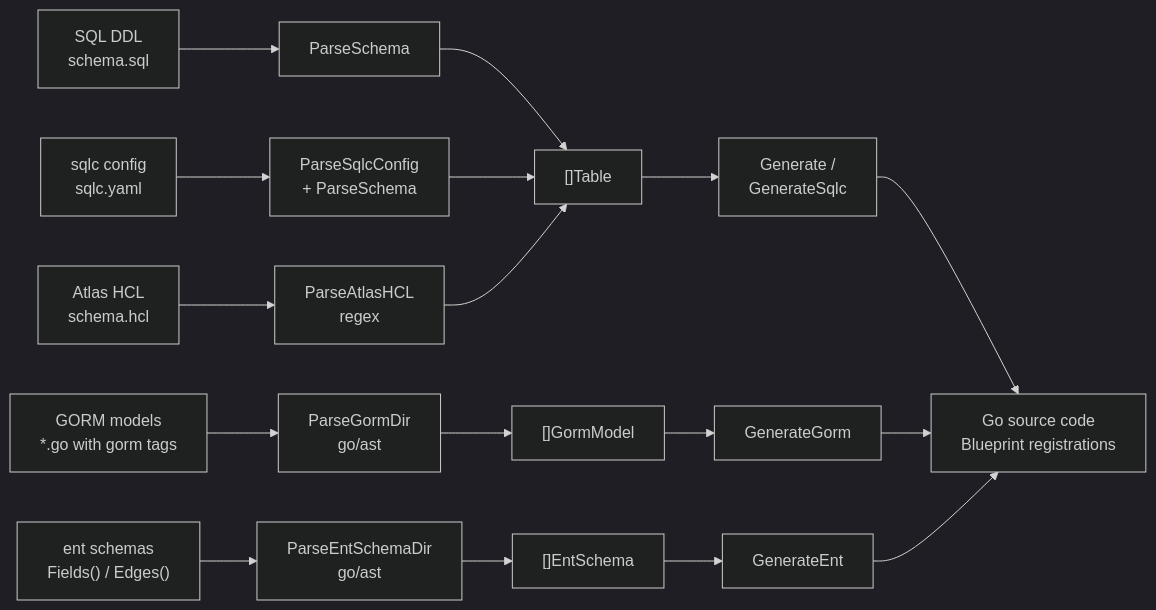
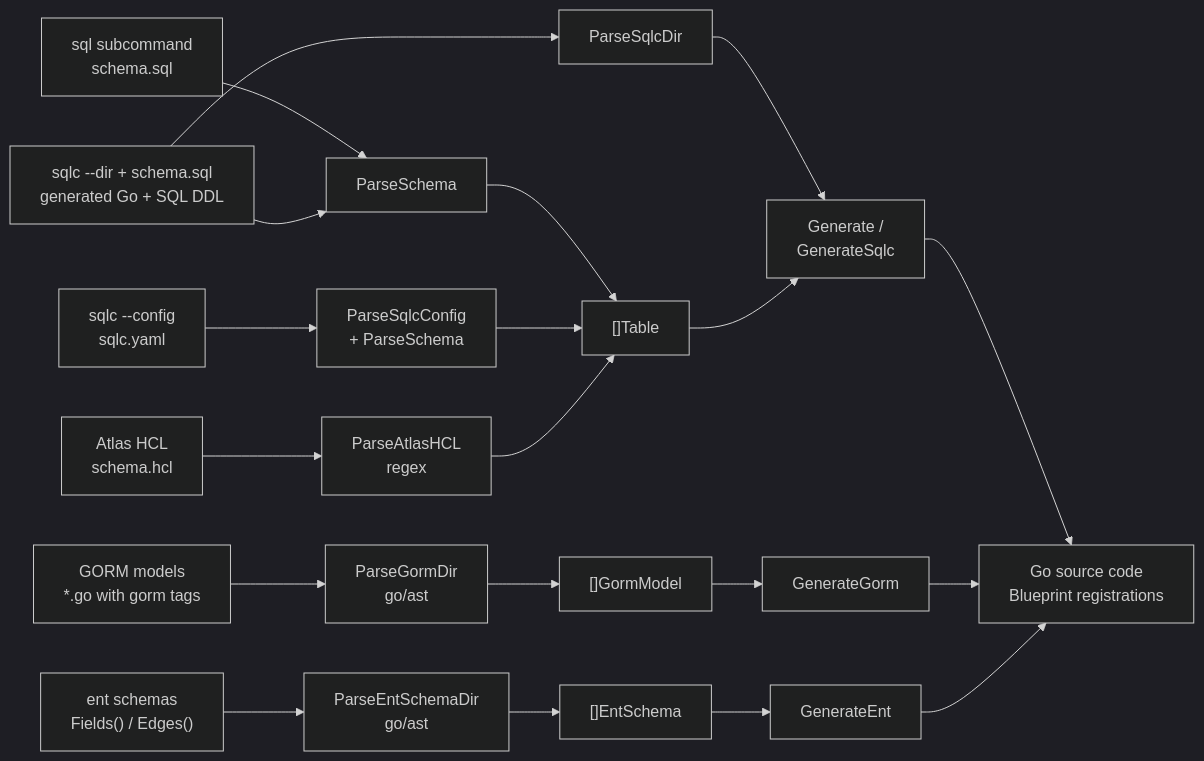
Before and after one commit to mhiro2/seedling: the fourth of 4 diagrams in ARCHITECTURE.md, drawn with Mermaid (dark theme). The commit also changed other lines of this file and 4 other files, not shown here.

````diff
--- a/ARCHITECTURE.md
+++ b/ARCHITECTURE.md
@@ -152,23 +152,26 @@
 ```mermaid
 flowchart LR
-    SQL["SQL DDL<br/>schema.sql"] --> Parse["ParseSchema"]
-    SQLC["sqlc config<br/>sqlc.yaml"] --> ParseC["ParseSqlcConfig<br/>+ ParseSchema"]
+    SQL["sql subcommand<br/>schema.sql"] --> Parse["ParseSchema"]
+    SQLCConfig["sqlc --config<br/>sqlc.yaml"] --> ParseC["ParseSqlcConfig<br/>+ ParseSchema"]
+    SQLCManual["sqlc --dir + schema.sql<br/>generated Go + SQL DDL"] --> Parse
+    SQLCManual --> ParseSqlc["ParseSqlcDir"]
     GORM["GORM models<br/>*.go with gorm tags"] --> ParseG["ParseGormDir<br/>go/ast"]
     ENT["ent schemas<br/>Fields() / Edges()"] --> ParseE["ParseEntSchemaDir<br/>go/ast"]
     ATLAS["Atlas HCL<br/>schema.hcl"] --> ParseA["ParseAtlasHCL<br/>regex"]
 
     Parse --> T["[]Table"]
     ParseC --> T
     ParseA --> T
 
     ParseG --> GM["[]GormModel"]
     ParseE --> ES["[]EntSchema"]
+    ParseSqlc --> Gen["Generate /<br/>GenerateSqlc"]
 
     T --> Gen["Generate /<br/>GenerateSqlc"]
     GM --> GenG["GenerateGorm"]
     ES --> GenE["GenerateEnt"]
 
     Gen --> Out["Go source code<br/>Blueprint registrations"]
     GenG --> Out
     GenE --> Out
 ```
````
